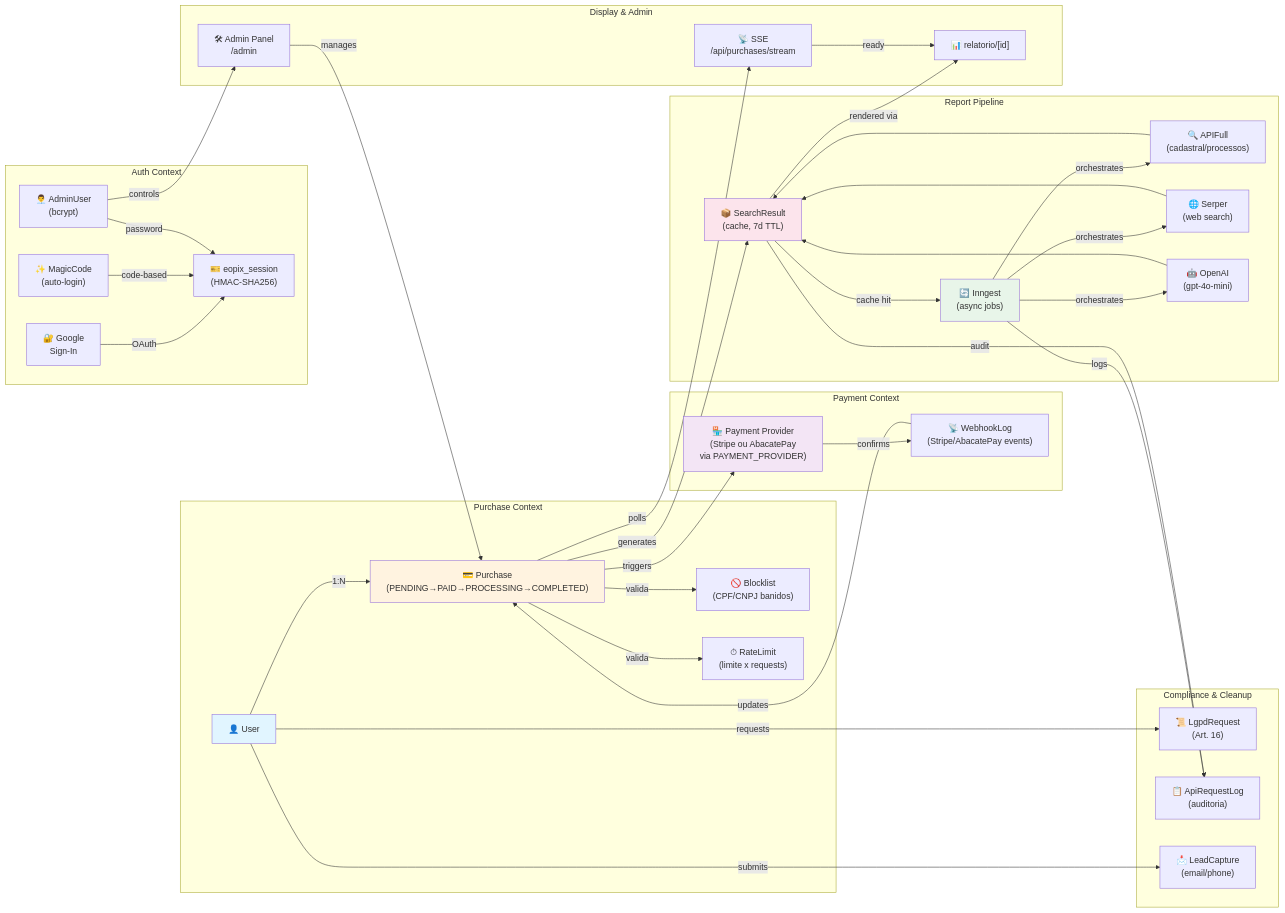
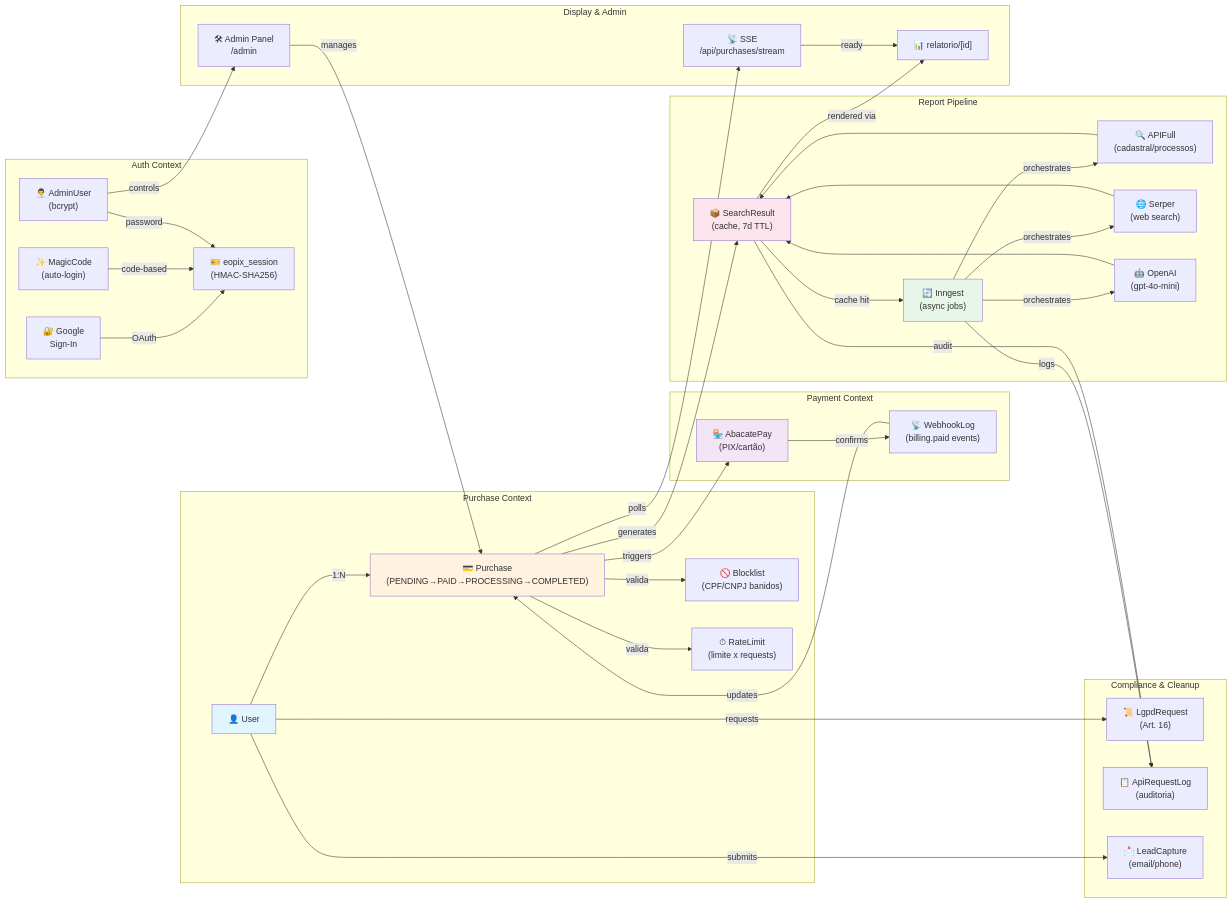
The second of 3 diagrams in docs/architecture.md (dvluana/eopix), drawn with Mermaid before and after one commit. The commit also changed other lines of this file and 4 other files, not shown here.

First line of the commit message:
docs: remove all Stripe references, AbacatePay is now the only payment provider

````diff
--- a/docs/architecture.md
+++ b/docs/architecture.md
@@ -119,74 +111,74 @@
 ```mermaid
 graph LR
     subgraph "Purchase Context"
         U["👤 User"]
         P["💳 Purchase<br/>(PENDING→PAID→PROCESSING→COMPLETED)"]
         BL["🚫 Blocklist<br/>(CPF/CNPJ banidos)"]
         RL["⏱ RateLimit<br/>(limite x requests)"]
         U -->|1:N| P
         P -->|valida| BL
         P -->|valida| RL
     end
 
     subgraph "Payment Context"
-        SP["🏪 Payment Provider<br/>(Stripe ou AbacatePay<br/>via PAYMENT_PROVIDER)"]
-        WH["📡 WebhookLog<br/>(Stripe/AbacatePay events)"]
+        SP["🏪 AbacatePay<br/>(PIX/cartão)"]
+        WH["📡 WebhookLog<br/>(billing.paid events)"]
         P -->|triggers| SP
         SP -->|confirms| WH
         WH -->|updates| P
     end
 
     subgraph "Report Pipeline"
         I["🔄 Inngest<br/>(async jobs)"]
         SC["📦 SearchResult<br/>(cache, 7d TTL)"]
         AF["🔍 APIFull<br/>(cadastral/processos)"]
         SRP["🌐 Serper<br/>(web search)"]
         OA["🤖 OpenAI<br/>(gpt-4o-mini)"]
         I -->|orchestrates| AF
         I -->|orchestrates| SRP
         I -->|orchestrates| OA
         AF --> SC
         SRP --> SC
         OA --> SC
         SC -->|cache hit| I
     end
 
     subgraph "Auth Context"
         G["🔐 Google<br/>Sign-In"]
         JWT["🎫 eopix_session<br/>(HMAC-SHA256)"]
         MC["✨ MagicCode<br/>(auto-login)"]
         AU["👨‍💼 AdminUser<br/>(bcrypt)"]
         G -->|OAuth| JWT
         MC -->|code-based| JWT
         AU -->|password| JWT
     end
 
     subgraph "Display & Admin"
         SSE["📡 SSE<br/>/api/purchases/stream"]
         RLG["📊 relatorio/[id]"]
         ADM["🛠 Admin Panel<br/>/admin"]
         P -->|polls| SSE
         SSE -->|ready| RLG
         AU -->|controls| ADM
         ADM -->|manages| P
     end
 
     subgraph "Compliance & Cleanup"
         LGPD["📜 LgpdRequest<br/>(Art. 16)"]
         ARG["📋 ApiRequestLog<br/>(auditoria)"]
         LC["📩 LeadCapture<br/>(email/phone)"]
         U -->|requests| LGPD
         I -->|logs| ARG
         U -->|submits| LC
     end
 
     P -->|generates| SC
     SC -->|rendered via| RLG
     SC -->|audit| ARG
 
     style U fill:#e1f5ff
     style P fill:#fff3e0
     style SP fill:#f3e5f5
     style I fill:#e8f5e9
     style SC fill:#fce4ec
 ```
````
